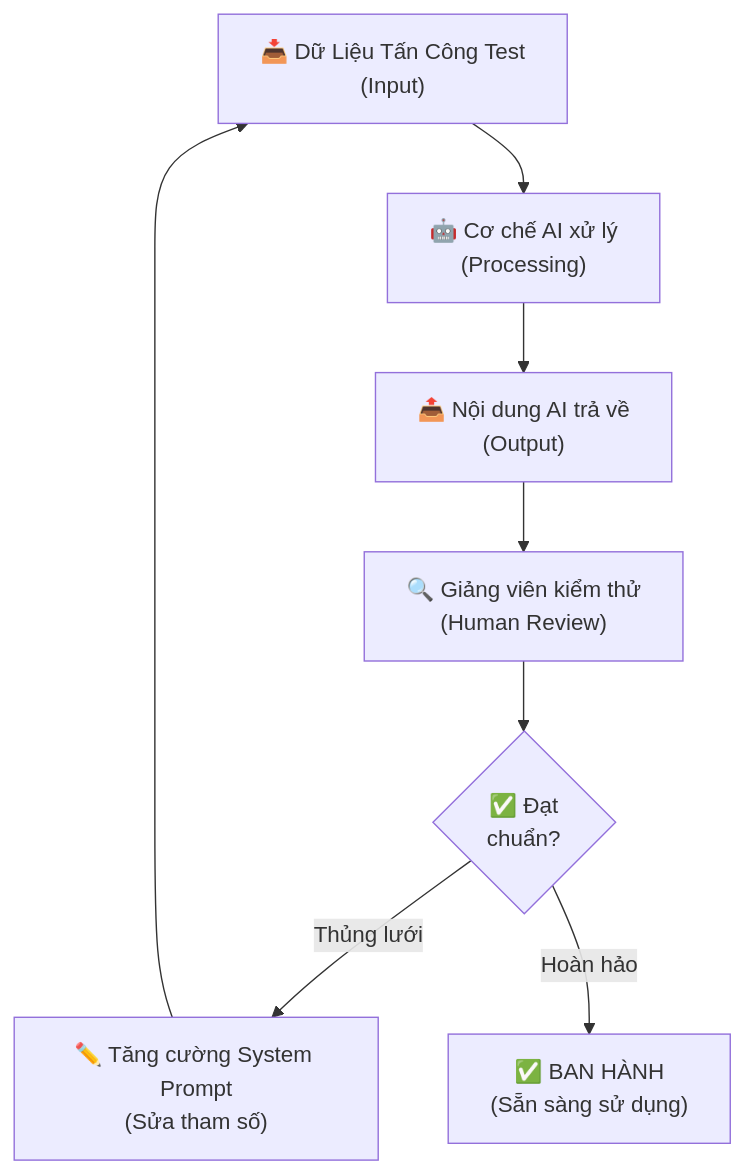
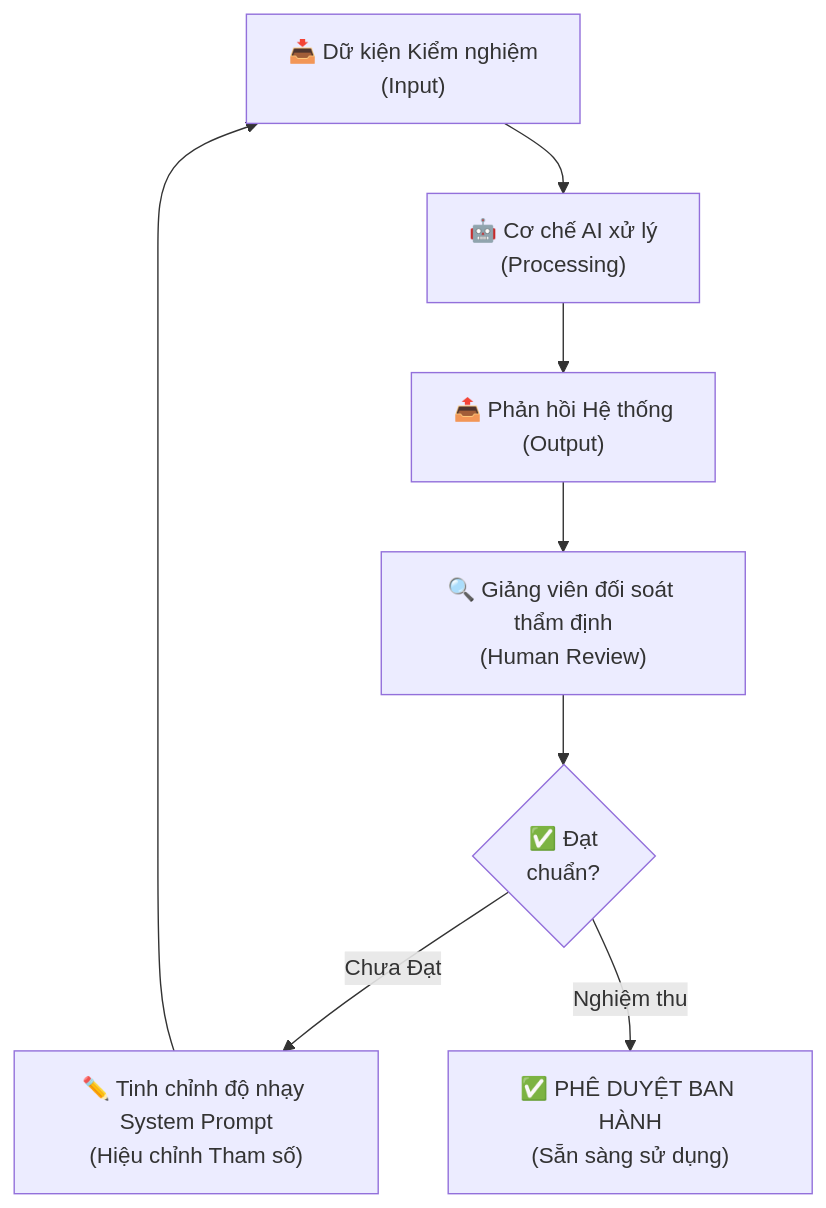
One commit to danghoangsqtt-sys/ai-maker-doc changed the third of 4 diagrams in src/content/raw_data.md. Above: the diagram before and after it, drawn with Mermaid. The commit also changed other lines of this file and 1 other file, not shown here.

````diff
--- a/src/content/raw_data.md
+++ b/src/content/raw_data.md
@@ -205,11 +204,11 @@
 ```mermaid
 flowchart TD
-    A["📥 Dữ Liệu Tấn Công Test\n(Input)"]
+    A["📥 Dữ kiện Kiểm nghiệm\n(Input)"]
     --> B["🤖 Cơ chế AI xử lý\n(Processing)"]
-    --> C["📤 Nội dung AI trả về\n(Output)"]
-    --> D["🔍 Giảng viên kiểm thử\n(Human Review)"]
+    --> C["📤 Phản hồi Hệ thống\n(Output)"]
+    --> D["🔍 Giảng viên đối soát thẩm định\n(Human Review)"]
     --> E{"✅ Đạt\nchuẩn?"}
-    E -->|Thủng lưới| F["✏️ Tăng cường System Prompt\n(Sửa tham số)"]
+    E -->|Chưa Đạt| F["✏️ Tinh chỉnh độ nhạy System Prompt\n(Hiệu chỉnh Tham số)"]
     F --> A
-    E -->|Hoàn hảo| G["✅ BAN HÀNH\n(Sẵn sàng sử dụng)"]
+    E -->|Nghiệm thu| G["✅ PHÊ DUYỆT BAN HÀNH\n(Sẵn sàng sử dụng)"]
 ```
````
